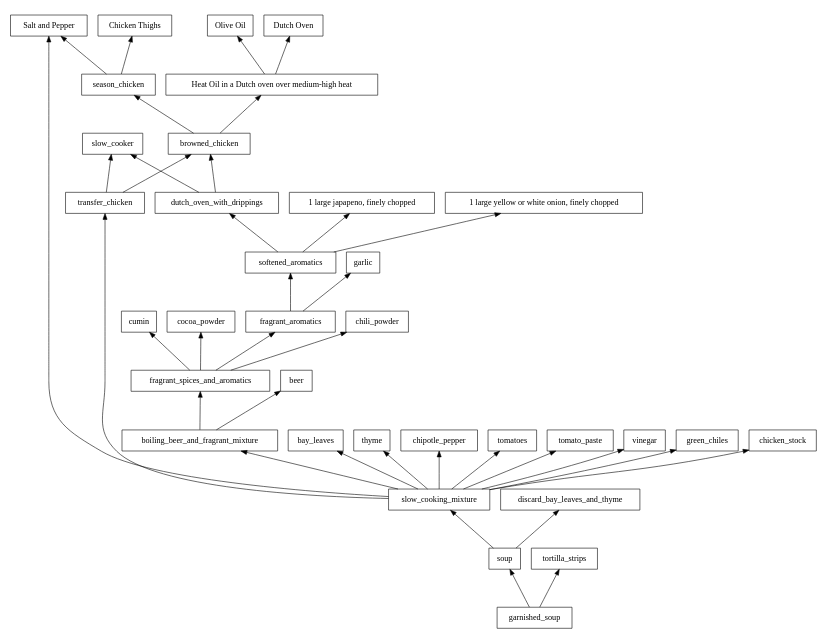
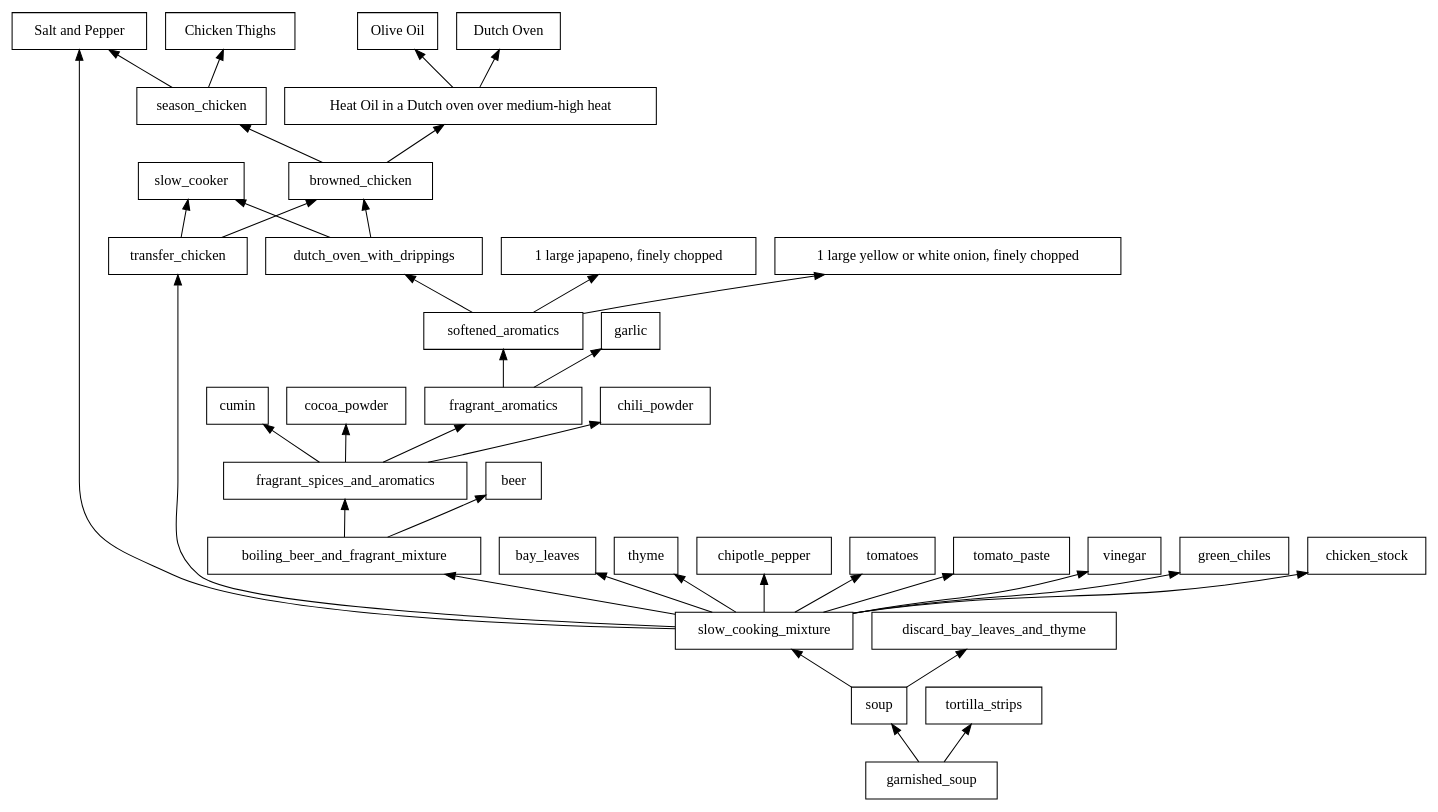
Before and after one commit to isaacsanders/recipes-as-dependency-graphs: the diagram in serious-eats/slow-cooker-chicken-tortilla-soup/recipe.dot, drawn with Graphviz.

```diff
--- a/serious-eats/slow-cooker-chicken-tortilla-soup/recipe.dot
+++ b/serious-eats/slow-cooker-chicken-tortilla-soup/recipe.dot
@@ -1,24 +1,22 @@
 digraph recipe {
   rankdir=BT;
   node [shape=record];
-  size="11,8.5!";
-  ratio="fill";
   olive_oil [label="Olive Oil"];
   dutch_oven [label="Dutch Oven"];
   heat_oil [label="Heat Oil in a Dutch oven over medium-high heat"];
   heat_oil -> olive_oil, dutch_oven;
   salt_and_pepper [label="Salt and Pepper"];
   chicken_thighs [label="Chicken Thighs"];
   season_chicken -> salt_and_pepper, chicken_thighs;
   browned_chicken -> season_chicken, heat_oil;
   dutch_oven_with_drippings, transfer_chicken -> slow_cooker, browned_chicken;
   chopped_onion [label="1 large yellow or white onion, finely chopped"];
   jalapeno [label="1 large japapeno, finely chopped"];
   softened_aromatics -> chopped_onion, jalapeno, dutch_oven_with_drippings;
   fragrant_aromatics -> softened_aromatics, garlic;
   fragrant_spices_and_aromatics -> fragrant_aromatics, chili_powder, cumin, cocoa_powder;
   boiling_beer_and_fragrant_mixture -> fragrant_spices_and_aromatics, beer;
   slow_cooking_mixture -> transfer_chicken, boiling_beer_and_fragrant_mixture, bay_leaves, thyme, chipotle_pepper, tomatoes, tomato_paste, vinegar, green_chiles, chicken_stock, salt_and_pepper;
   soup -> discard_bay_leaves_and_thyme, slow_cooking_mixture;
   garnished_soup -> soup, tortilla_strips;
 }
```
